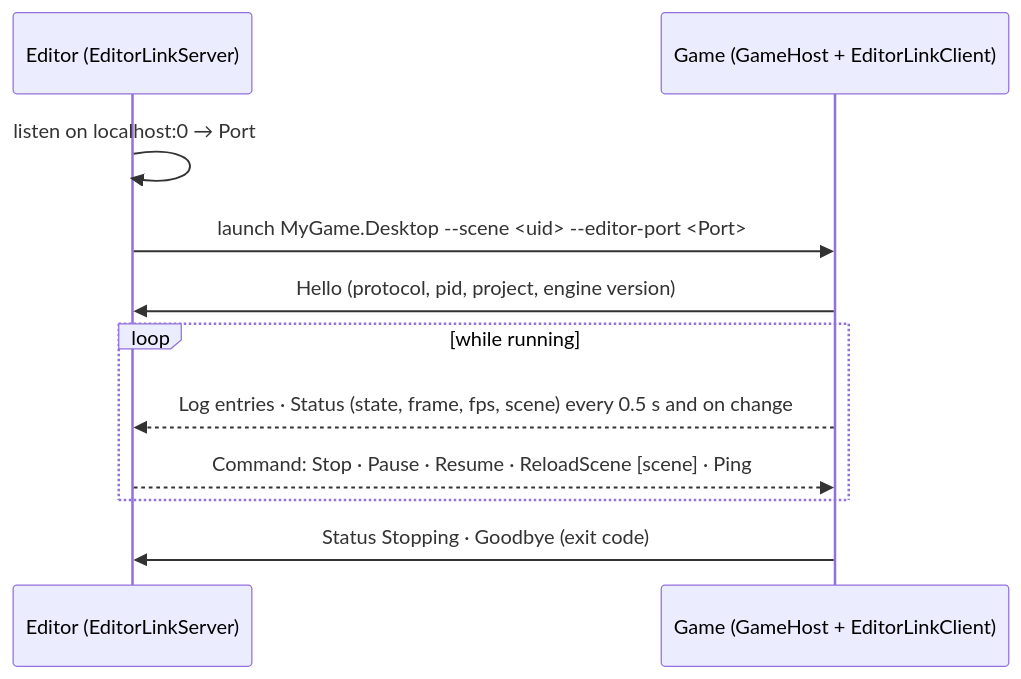
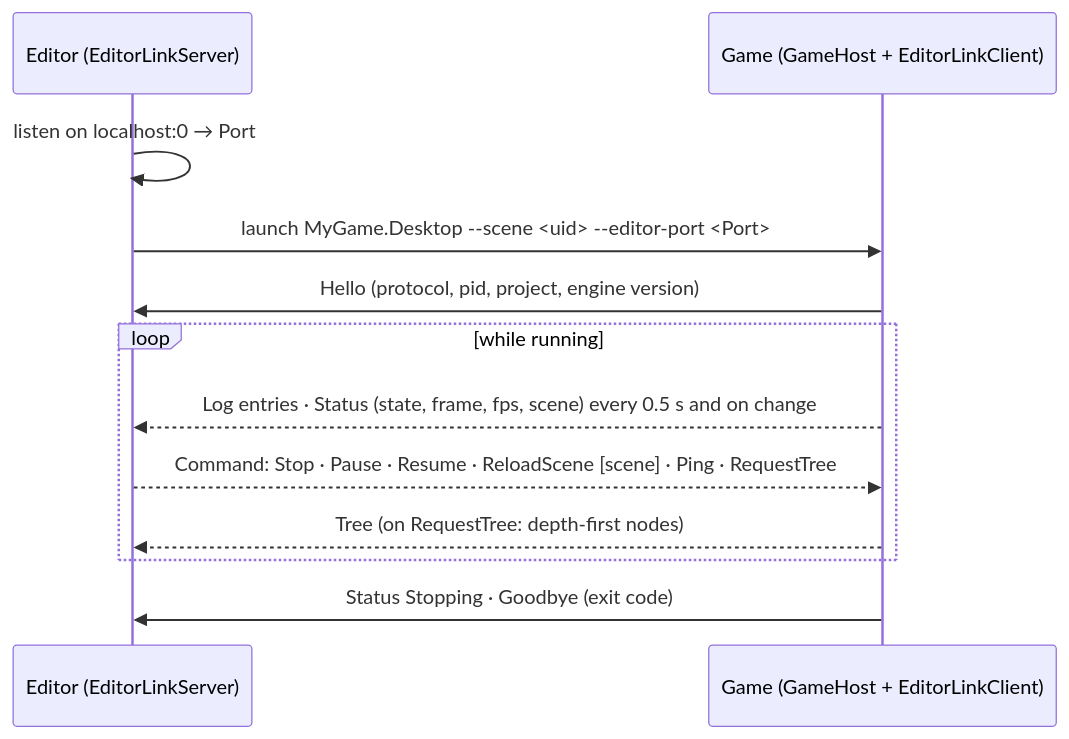
Before and after one commit to Mainframe-Games/mainframe-engine: the diagram in docs/design/project-and-gamehost.md, drawn with Mermaid. The commit also changed other lines of this file and 19 other files, not shown here.

First line of the commit message:
Editor: remote scene tree over the editor link (ADR 0133)

````diff
--- a/docs/design/project-and-gamehost.md
+++ b/docs/design/project-and-gamehost.md
@@ -233,13 +233,14 @@
 ```mermaid
 sequenceDiagram
     participant E as Editor (EditorLinkServer)
     participant G as Game (GameHost + EditorLinkClient)
     E->>E: listen on localhost:0 → Port
     E->>G: launch MyGame.Desktop --scene <uid> --editor-port <Port>
     G->>E: Hello (protocol, pid, project, engine version)
     loop while running
         G-->>E: Log entries · Status (state, frame, fps, scene) every 0.5 s and on change
-        E-->>G: Command: Stop · Pause · Resume · ReloadScene [scene] · Ping
+        E-->>G: Command: Stop · Pause · Resume · ReloadScene [scene] · Ping · RequestTree
+        G-->>E: Tree (on RequestTree: depth-first nodes)
     end
     G->>E: Status Stopping · Goodbye (exit code)
 ```
````
